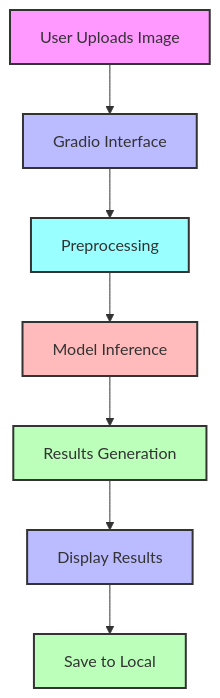
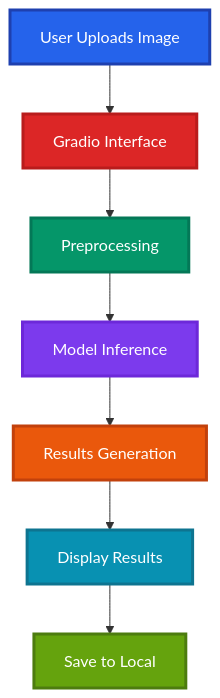
The second of 4 diagrams in docs/ARCHITECTURE.md (VIKAS9793/KrishiRakshak-2.0), drawn with Mermaid before and after one commit. The commit also changed other lines of this file, not shown here.

First line of the commit message:
docs: fix Mermaid diagram rendering issues

````diff
--- a/docs/ARCHITECTURE.md
+++ b/docs/ARCHITECTURE.md
@@ -58,17 +58,17 @@
 ```mermaid
 graph TD
     A[User Uploads Image] --> B[Gradio Interface]
     B --> C[Preprocessing]
     C --> D[Model Inference]
     D --> E[Results Generation]
     E --> F[Display Results]
     F --> G[Save to Local]
 
-    style A fill:#f9f,stroke:#333,stroke-width:2px
-    style B fill:#bbf,stroke:#333,stroke-width:2px
-    style C fill:#9ff,stroke:#333,stroke-width:2px
-    style D fill:#fbb,stroke:#333,stroke-width:2px
-    style E fill:#bfb,stroke:#333,stroke-width:2px
-    style F fill:#bbf,stroke:#333,stroke-width:2px
-    style G fill:#bfb,stroke:#333,stroke-width:2px
+    style A fill:#2563eb,stroke:#1e40af,stroke-width:3px,color:#ffffff
+    style B fill:#dc2626,stroke:#b91c1c,stroke-width:3px,color:#ffffff
+    style C fill:#059669,stroke:#047857,stroke-width:3px,color:#ffffff
+    style D fill:#7c3aed,stroke:#6d28d9,stroke-width:3px,color:#ffffff
+    style E fill:#ea580c,stroke:#c2410c,stroke-width:3px,color:#ffffff
+    style F fill:#0891b2,stroke:#0e7490,stroke-width:3px,color:#ffffff
+    style G fill:#65a30d,stroke:#4d7c0f,stroke-width:3px,color:#ffffff
 ```
````
